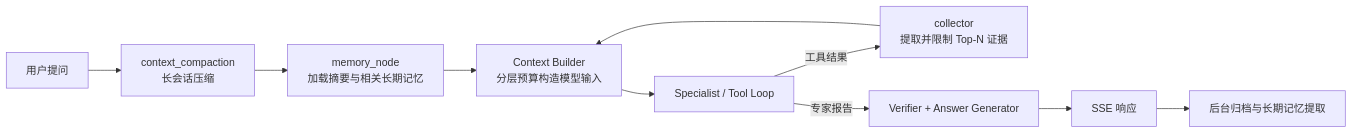
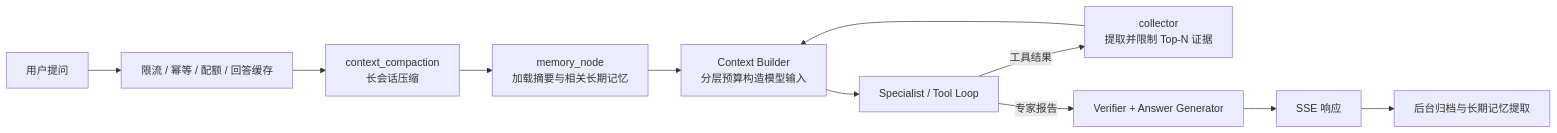
The third of 3 diagrams in docs/guide/architecture.md (uuo00n/lexcore-legal-agent), drawn with Mermaid before and after one commit. The commit also changed other lines of this file and 28 other files, not shown here.

````diff
--- a/docs/guide/architecture.md
+++ b/docs/guide/architecture.md
@@ -59,12 +112,13 @@
 ```mermaid
 flowchart LR
-    A[用户提问] --> B[context_compaction<br/>长会话压缩]
-    B --> C[memory_node<br/>加载摘要与相关长期记忆]
-    C --> D[Context Builder<br/>分层预算构造模型输入]
-    D --> E[Specialist / Tool Loop]
-    E -->|工具结果| F[collector<br/>提取并限制 Top-N 证据]
-    F --> D
-    E -->|专家报告| G[Verifier + Answer Generator]
-    G --> H[SSE 响应]
-    H --> I[后台归档与长期记忆提取]
+    A[用户提问] --> B[限流 / 幂等 / 配额 / 回答缓存]
+    B --> C[context_compaction<br/>长会话压缩]
+    C --> D[memory_node<br/>加载摘要与相关长期记忆]
+    D --> E[Context Builder<br/>分层预算构造模型输入]
+    E --> F[Specialist / Tool Loop]
+    F -->|工具结果| G[collector<br/>提取并限制 Top-N 证据]
+    G --> E
+    F -->|专家报告| H[Verifier + Answer Generator]
+    H --> I[SSE 响应]
+    I --> J[后台归档与长期记忆提取]
 ```
````
